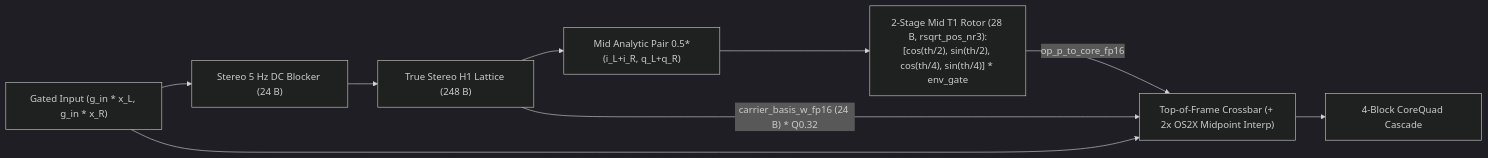
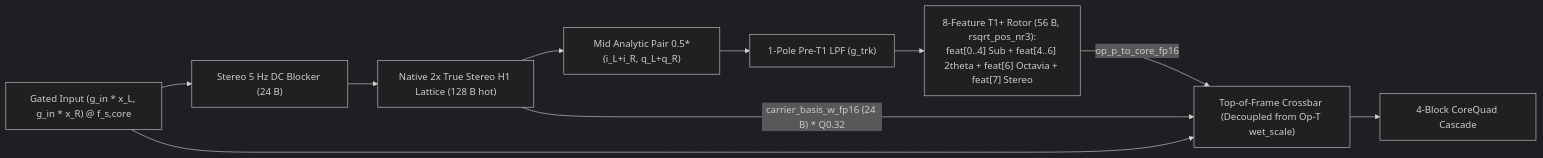
The diagram in docs/specs/dsp/op_m_modal_kautz.md (mokugen/dnam), drawn with Mermaid (dark theme) before and after one commit. The commit also changed other lines of this file and 8 other files, not shown here.

Commit message:
docs(specs): C1.2 update architecture and DSP specifications for SONA v4.0

````diff
--- a/docs/specs/dsp/op_m_modal_kautz.md
+++ b/docs/specs/dsp/op_m_modal_kautz.md
@@ -276,7 +277,7 @@
 ```mermaid
 flowchart LR
-    X["Gated Input (g_in * x_L, g_in * x_R)"] --> DC["Stereo 5 Hz DC Blocker (24 B)"] --> H1["True Stereo H1 Lattice (248 B)"] --> Mid["Mid Analytic Pair 0.5*(i_L+i_R, q_L+q_R)"] --> Tracker["2-Stage Mid T1 Rotor (28 B, rsqrt_pos_nr3):<br/>[cos(th/2), sin(th/2), cos(th/4), sin(th/4)] * env_gate"]
-    H1 -->|"carrier_basis_w_fp16 (24 B) * Q0.32"| Crossbar["Top-of-Frame Crossbar (+ 2x OS2X Midpoint Interp)"]
+    X["Gated Input (g_in * x_L, g_in * x_R) @ f_s,core"] --> DC["Stereo 5 Hz DC Blocker (24 B)"] --> H1["Native 2x True Stereo H1 Lattice (128 B hot)"] --> Mid["Mid Analytic Pair 0.5*(i_L+i_R, q_L+q_R)"] --> LPF["1-Pole Pre-T1 LPF (g_trk)"] --> Tracker["8-Feature T1+ Rotor (56 B, rsqrt_pos_nr3):<br/>feat[0..4] Sub + feat[4..6] 2theta + feat[6] Octavia + feat[7] Stereo"]
+    H1 -->|"carrier_basis_w_fp16 (24 B) * Q0.32"| Crossbar["Top-of-Frame Crossbar (Decoupled from Op-T wet_scale)"]
     X --> Crossbar --> Core["4-Block CoreQuad Cascade"]
     Tracker -->|"op_p_to_core_fp16"| Crossbar
 ```
````
